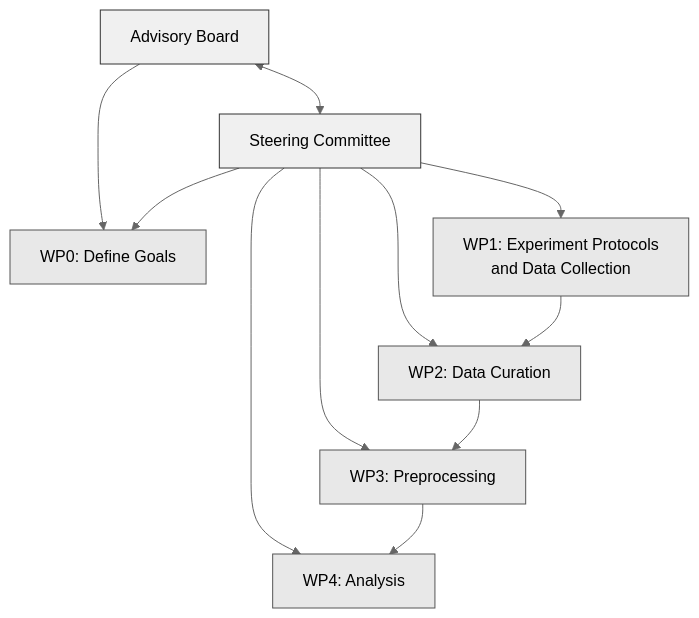
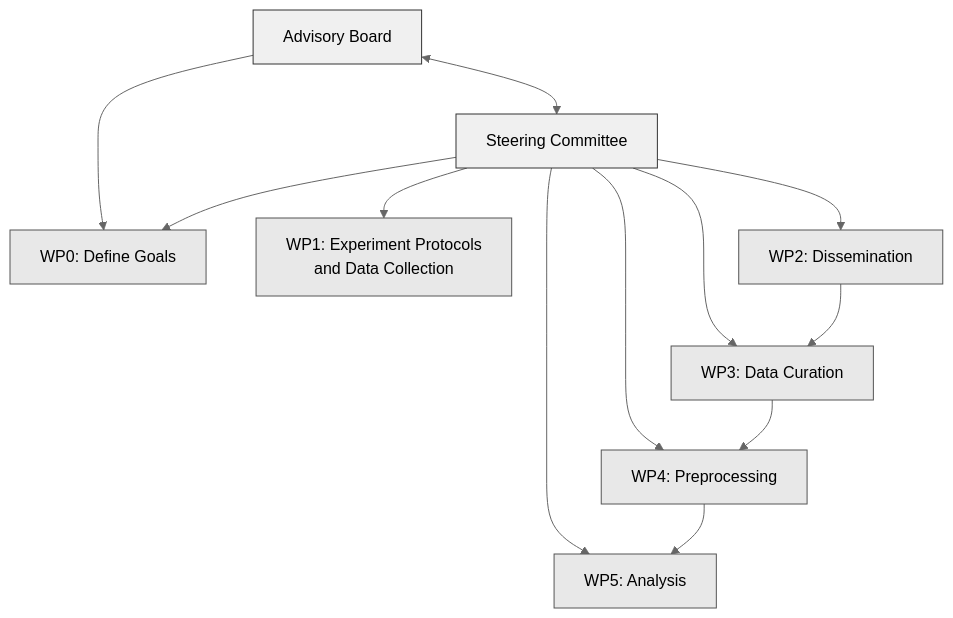
The diagram in index.qmd (JuliusWelzel/eegmanysteps), drawn with Mermaid (neutral theme) before and after one commit. The commit also changed other lines of this file, not shown here.

````diff
--- a/index.qmd
+++ b/index.qmd
@@ -39,34 +40,37 @@
 ```{mermaid}
 graph TD
     style A fill:#F0F0F0,stroke:#333,stroke-width:1px,corner-radius:5px
     style S fill:#F0F0F0,stroke:#333,stroke-width:1px,corner-radius:5px
     style B0 fill:#E8E8E8,stroke:#555,stroke-width:1px,corner-radius:5px
     style B1 fill:#E8E8E8,stroke:#555,stroke-width:1px,corner-radius:5px
     style B2 fill:#E8E8E8,stroke:#555,stroke-width:1px,corner-radius:5px
     style B3 fill:#E8E8E8,stroke:#555,stroke-width:1px,corner-radius:5px
     style B4 fill:#E8E8E8,stroke:#555,stroke-width:1px,corner-radius:5px
+    style B5 fill:#E8E8E8,stroke:#555,stroke-width:1px,corner-radius:5px
 
 
     A[ Advisory Board]
     S[Steering Committee]
     B0[WP0: Define Goals]
     B1[WP1: Experiment Protocols<br>and Data Collection]
-    B2[WP2: Data Curation]
-    B3[WP3: Preprocessing]
-    B4[WP4: Analysis]
+    B2[WP2: Dissemination]
+    B3[WP3: Data Curation]
+    B4[WP4: Preprocessing]
+    B5[WP5: Analysis]
 
     A <--> S
     A --> B0
     S --> B0
     S --> B1
     S --> B2
     S --> B3
     S --> B4
+    S --> B5
 
-    B1 --> B2
     B2 --> B3
     B3 --> B4
+    B4 --> B5
 
     
 
 ```
````
